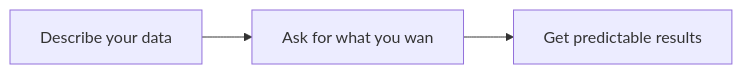
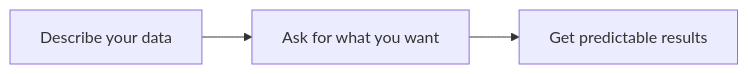
Before and after one commit to doukai/gp-doc.github.io: the diagram in docs/tutorial/summary.md, drawn with Mermaid. The commit also changed other lines of this file and 2 other files, not shown here.

````diff
--- a/docs/tutorial/summary.md
+++ b/docs/tutorial/summary.md
@@ -13,5 +13,5 @@
 ```mermaid
 flowchart LR
-    A["Describe your data"] --> B["Ask for what you wan"] --> C["Get predictable results"]
+    A["Describe your data"] --> B["Ask for what you want"] --> C["Get predictable results"]
 
 ```
````
